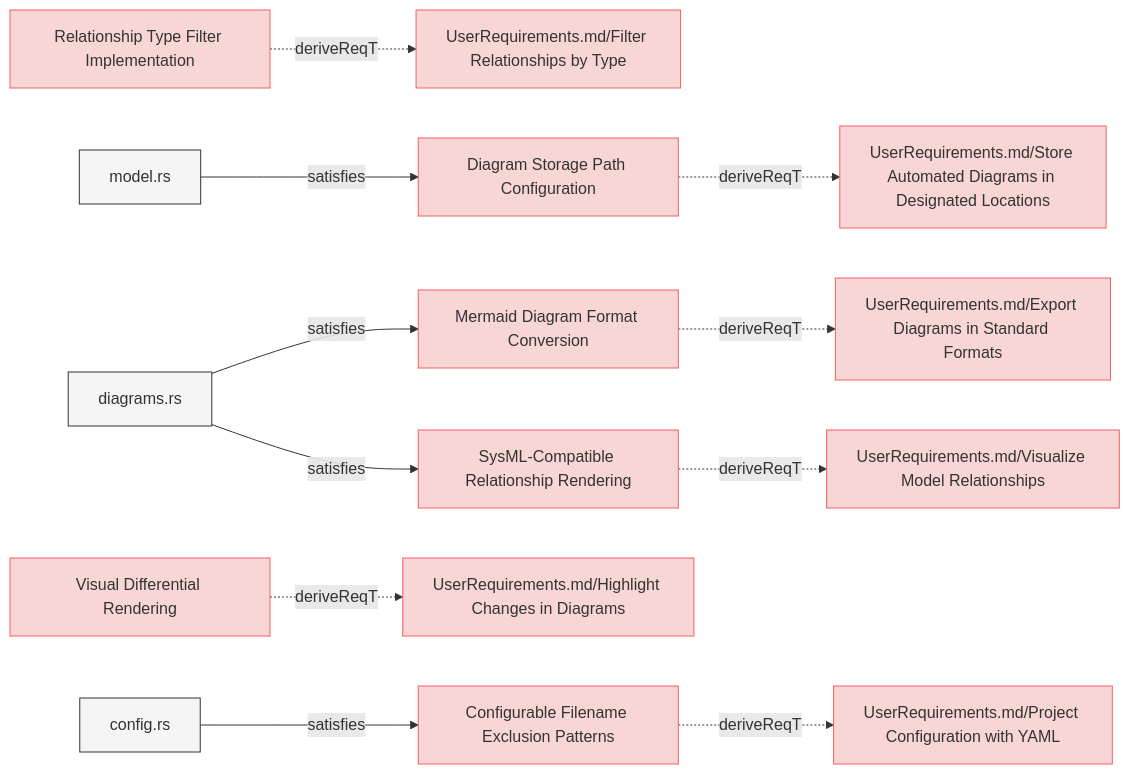
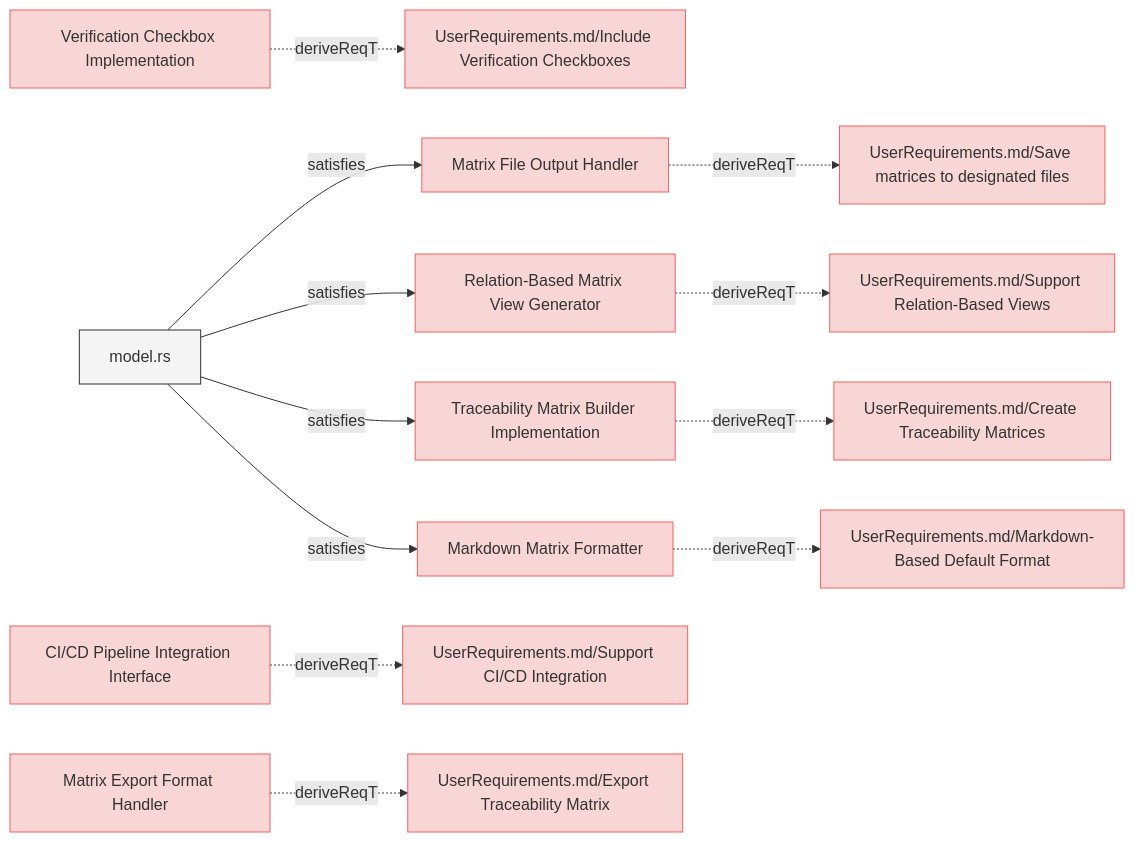
Before and after one commit to reqvire-org/reqvire: the third of 3 diagrams in specifications/SystemRequirements/Requirements.md, drawn with Mermaid. The commit also changed other lines of this file and 6 other files, not shown here.

Commit message:
Model updates: bug fix not adding diagrams.

````diff
--- a/specifications/SystemRequirements/Requirements.md
+++ b/specifications/SystemRequirements/Requirements.md
@@ -445,63 +689,65 @@
 ```mermaid
 graph LR;
   %% Graph styling
   classDef requirement fill:#f9d6d6,stroke:#f55f5f,stroke-width:1px;
   classDef verification fill:#d6f9d6,stroke:#5fd75f,stroke-width:1px;
   classDef externalLink fill:#d0e0ff,stroke:#3080ff,stroke-width:1px;
   classDef default fill:#f5f5f5,stroke:#333333,stroke-width:1px;
-  1414e7f889["Relationship Type Filter Implementation"];
-  click 1414e7f889 "Requirements.md#relationship-type-filter-implementation";
-  class 1414e7f889 requirement;
-  30d97803eb["UserRequirements.md/Filter Relationships by Type"];
-  class 30d97803eb requirement;
-  click 30d97803eb "../UserRequirements.md#filter-relationships-by-type";
-  1414e7f889 -.->|deriveReqT| 30d97803eb;
-  191d27287e["Diagram Storage Path Configuration"];
-  click 191d27287e "Requirements.md#diagram-storage-path-configuration";
-  class 191d27287e requirement;
-  aee397f35b["UserRequirements.md/Store Automated Diagrams in Designated Locations"];
-  class aee397f35b requirement;
-  click aee397f35b "../UserRequirements.md#store-automated-diagrams-in-designated-locations";
-  191d27287e -.->|deriveReqT| aee397f35b;
+
+  3feb0576ff["Verification Checkbox Implementation"];
+  click 3feb0576ff "Requirements.md#verification-checkbox-implementation";
+  class 3feb0576ff requirement;
+  273dcdad7a["UserRequirements.md/Include Verification Checkboxes"];
+  class 273dcdad7a requirement;
+  click 273dcdad7a "../UserRequirements.md#include-verification-checkboxes";
+  3feb0576ff -.->|deriveReqT| 273dcdad7a;
+  83a2343e97["Matrix File Output Handler"];
+  click 83a2343e97 "Requirements.md#matrix-file-output-handler";
+  class 83a2343e97 requirement;
+  c4b025f6ac["UserRequirements.md/Save matrices to designated files"];
+  class c4b025f6ac requirement;
+  click c4b025f6ac "../UserRequirements.md#save-matrices-to-designated-files";
+  83a2343e97 -.->|deriveReqT| c4b025f6ac;
   74b4dd6a32["model.rs"];
   class 74b4dd6a32 default;
   click 74b4dd6a32 "../../src/model.rs";
-  74b4dd6a32 -->|satisfies| 191d27287e;
-  a7ec66314a["Mermaid Diagram Format Conversion"];
-  click a7ec66314a "Requirements.md#mermaid-diagram-format-conversion";
-  class a7ec66314a requirement;
-  10c00a1bd1["UserRequirements.md/Export Diagrams in Standard Formats"];
-  class 10c00a1bd1 requirement;
-  click 10c00a1bd1 "../UserRequirements.md#export-diagrams-in-standard-formats";
-  a7ec66314a -.->|deriveReqT| 10c00a1bd1;
-  d9e753e4d8["diagrams.rs"];
-  class d9e753e4d8 default;
-  click d9e753e4d8 "../../src/diagrams.rs";
-  d9e753e4d8 -->|satisfies| a7ec66314a;
-  9860815d52["Visual Differential Rendering"];
-  click 9860815d52 "Requirements.md#visual-differential-rendering";
-  class 9860815d52 requirement;
-  fd7388e379["UserRequirements.md/Highlight Changes in Diagrams"];
-  class fd7388e379 requirement;
-  click fd7388e379 "../UserRequirements.md#highlight-changes-in-diagrams";
-  9860815d52 -.->|deriveReqT| fd7388e379;
-  cc8128cae3["Configurable Filename Exclusion Patterns"];
-  click cc8128cae3 "Requirements.md#configurable-filename-exclusion-patterns";
-  class cc8128cae3 requirement;
-  7430e12113["UserRequirements.md/Project Configuration with YAML"];
-  class 7430e12113 requirement;
-  click 7430e12113 "../UserRequirements.md#project-configuration-with-yaml";
-  cc8128cae3 -.->|deriveReqT| 7430e12113;
-  5adb6eb451["config.rs"];
-  class 5adb6eb451 default;
-  click 5adb6eb451 "../../src/config.rs";
-  5adb6eb451 -->|satisfies| cc8128cae3;
-  c826c1ee7c["SysML-Compatible Relationship Rendering"];
-  click c826c1ee7c "Requirements.md#sysml-compatible-relationship-rendering";
-  class c826c1ee7c requirement;
-  a6a8362836["UserRequirements.md/Visualize Model Relationships"];
-  class a6a8362836 requirement;
-  click a6a8362836 "../UserRequirements.md#visualize-model-relationships";
-  c826c1ee7c -.->|deriveReqT| a6a8362836;
-  d9e753e4d8 -->|satisfies| c826c1ee7c;
+  74b4dd6a32 -->|satisfies| 83a2343e97;
+  dd7b536571["Relation-Based Matrix View Generator"];
+  click dd7b536571 "Requirements.md#relation-based-matrix-view-generator";
+  class dd7b536571 requirement;
+  fc0d98c588["UserRequirements.md/Support Relation-Based Views"];
+  class fc0d98c588 requirement;
+  click fc0d98c588 "../UserRequirements.md#support-relation-based-views";
+  dd7b536571 -.->|deriveReqT| fc0d98c588;
+  74b4dd6a32 -->|satisfies| dd7b536571;
+  5eca866a03["Traceability Matrix Builder Implementation"];
+  click 5eca866a03 "Requirements.md#traceability-matrix-builder-implementation";
+  class 5eca866a03 requirement;
+  9fe409695e["UserRequirements.md/Create Traceability Matrices"];
+  class 9fe409695e requirement;
+  click 9fe409695e "../UserRequirements.md#create-traceability-matrices";
+  5eca866a03 -.->|deriveReqT| 9fe409695e;
+  74b4dd6a32 -->|satisfies| 5eca866a03;
+  4edf5c26da["CI/CD Pipeline Integration Interface"];
+  click 4edf5c26da "Requirements.md#ci/cd-pipeline-integration-interface";
+  class 4edf5c26da requirement;
+  33733d2f42["UserRequirements.md/Support CI/CD Integration"];
+  class 33733d2f42 requirement;
+  click 33733d2f42 "../UserRequirements.md#support-ci/cd-integration";
+  4edf5c26da -.->|deriveReqT| 33733d2f42;
+  d7e5fbf806["Markdown Matrix Formatter"];
+  click d7e5fbf806 "Requirements.md#markdown-matrix-formatter";
+  class d7e5fbf806 requirement;
+  c7a213987b["UserRequirements.md/Markdown-Based Default Format"];
+  class c7a213987b requirement;
+  click c7a213987b "../UserRequirements.md#markdown-based-default-format";
+  d7e5fbf806 -.->|deriveReqT| c7a213987b;
+  74b4dd6a32 -->|satisfies| d7e5fbf806;
+  8897111f9b["Matrix Export Format Handler"];
+  click 8897111f9b "Requirements.md#matrix-export-format-handler";
+  class 8897111f9b requirement;
+  4b7b432817["UserRequirements.md/Export Traceability Matrix"];
+  class 4b7b432817 requirement;
+  click 4b7b432817 "../UserRequirements.md#export-traceability-matrix";
+  8897111f9b -.->|deriveReqT| 4b7b432817;
 ```
````
